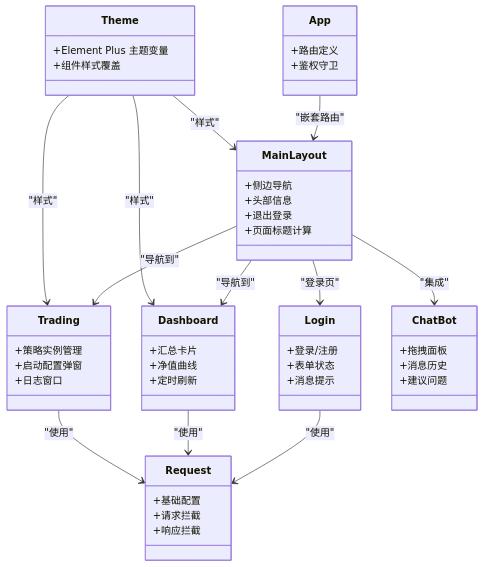
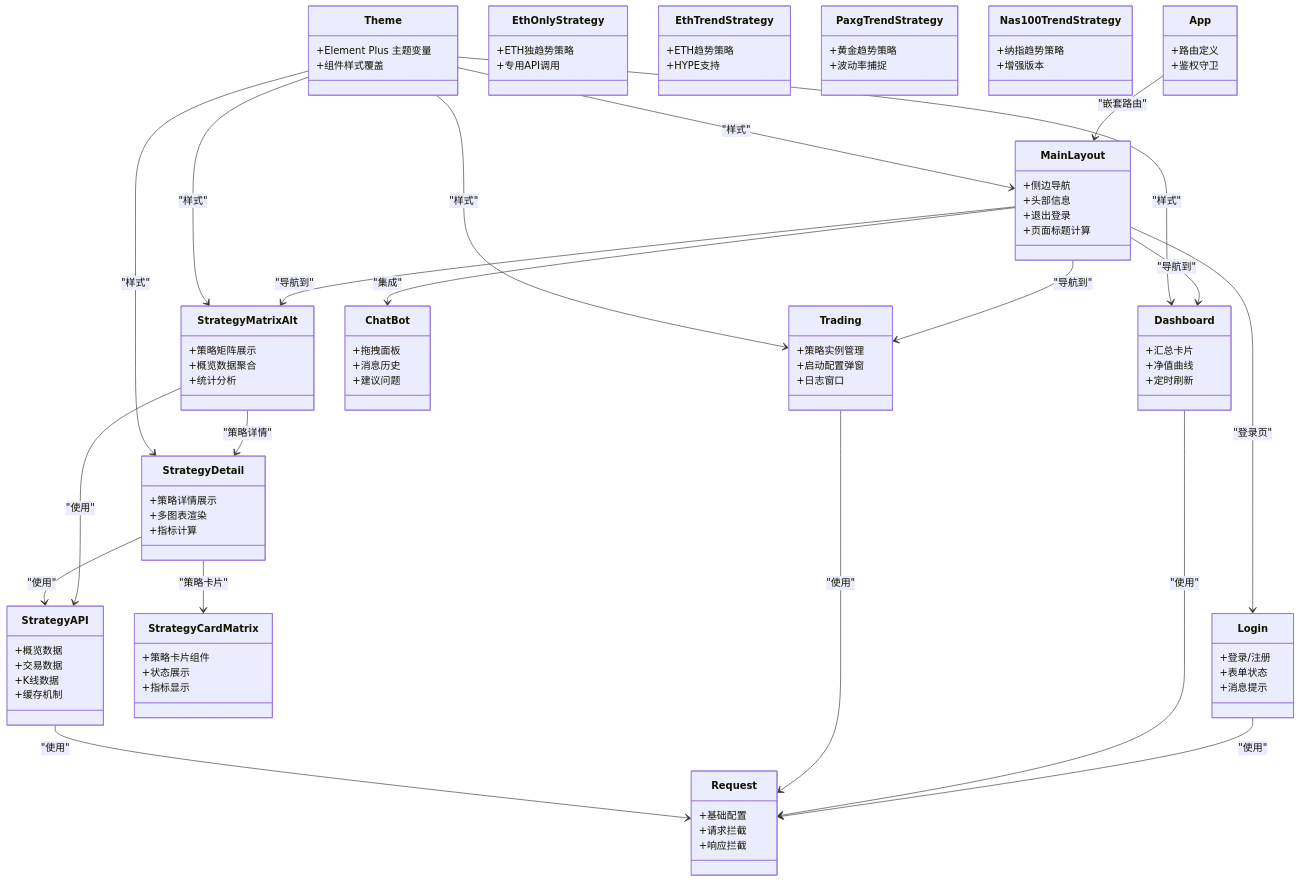
Before and after one commit to zyf266/ending: the ninth of 10 diagrams in .qoder/repowiki/zh/content/前端应用架构/前端应用架构.md, drawn with Mermaid. The commit also changed other lines of this file and 40 other files, not shown here.

````diff
--- a/.qoder/repowiki/zh/content/前端应用架构/前端应用架构.md
+++ b/.qoder/repowiki/zh/content/前端应用架构/前端应用架构.md
@@ -311,6 +410,43 @@
 +消息历史
 +建议问题
 }
+class StrategyMatrixAlt {
++策略矩阵展示
++概览数据聚合
++统计分析
+}
+class StrategyDetail {
++策略详情展示
++多图表渲染
++指标计算
+}
+class StrategyCardMatrix {
++策略卡片组件
++状态展示
++指标显示
+}
+class EthOnlyStrategy {
++ETH独趋势策略
++专用API调用
+}
+class EthTrendStrategy {
++ETH趋势策略
++HYPE支持
+}
+class PaxgTrendStrategy {
++黄金趋势策略
++波动率捕捉
+}
+class Nas100TrendStrategy {
++纳指趋势策略
++增强版本
+}
+class StrategyAPI {
++概览数据
++交易数据
++K线数据
++缓存机制
+}
 class Request {
 +基础配置
 +请求拦截
@@ -323,12 +459,20 @@
 App --> MainLayout : "嵌套路由"
 MainLayout --> Dashboard : "导航到"
 MainLayout --> Trading : "导航到"
+MainLayout --> StrategyMatrixAlt : "导航到"
+StrategyMatrixAlt --> StrategyDetail : "策略详情"
+StrategyDetail --> StrategyCardMatrix : "策略卡片"
 MainLayout --> Login : "登录页"
 Login --> Request : "使用"
 Dashboard --> Request : "使用"
 Trading --> Request : "使用"
+StrategyMatrixAlt --> StrategyAPI : "使用"
+StrategyDetail --> StrategyAPI : "使用"
+StrategyAPI --> Request : "使用"
 MainLayout --> ChatBot : "集成"
 Theme --> MainLayout : "样式"
 Theme --> Dashboard : "样式"
 Theme --> Trading : "样式"
+Theme --> StrategyMatrixAlt : "样式"
+Theme --> StrategyDetail : "样式"
 ```
````
